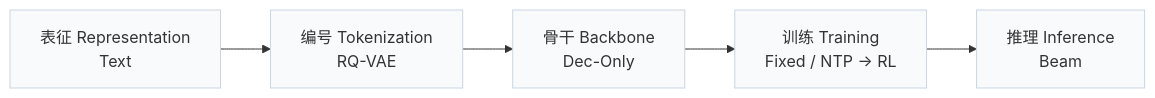
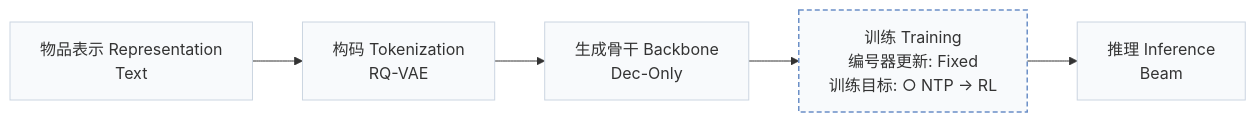
One commit to Galaxy-ghost/Awesome-SID-Generative-Rec changed the first of 3 diagrams in pages/zh/papers/minionerec.md. Above: the diagram before and after it, drawn with Mermaid. The commit also changed other lines of this file and 558 other files, not shown here.

````diff
--- a/pages/zh/papers/minionerec.md
+++ b/pages/zh/papers/minionerec.md
@@ -15,6 +19,8 @@
 ```mermaid
 flowchart LR
-    R["表征 Representation<br/>Text"] --> T["编号 Tokenization<br/>RQ-VAE"] --> B["骨干 Backbone<br/>Dec-Only"] --> TR["训练 Training<br/>Fixed / NTP → RL"] --> I["推理 Inference<br/>Beam"]
+    R["物品表示 Representation<br/>Text"] --> T["构码 Tokenization<br/>RQ-VAE"] --> B["生成骨干 Backbone<br/>Dec-Only"] --> TR["训练 Training<br/>编号器更新: Fixed<br/>训练目标: ○ NTP → RL"] --> I["推理 Inference<br/>Beam"]
     classDef base fill:#f8fafc,stroke:#cbd5e1
     class R,T,B,TR,I base
+    classDef other fill:#f8fafc,stroke:#6b8fc7,stroke-width:1.5px,stroke-dasharray:5 3
+    class TR other
 ```
````
